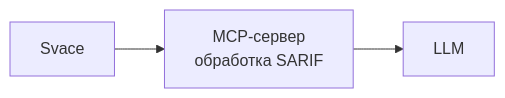
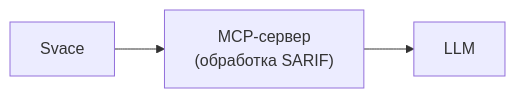
Before and after one commit to Otto-7/mcp: the first of 2 diagrams in docs/architecture.md, drawn with Mermaid.

Commit message:
Fix formatting in architecture.md for clarity

````diff
--- a/docs/architecture.md
+++ b/docs/architecture.md
@@ -3,4 +3,4 @@
 ```mermaid
 flowchart LR
-    Svace["Svace"] --> System["MCP-сервер<br/>обработка SARIF"] --> LLM["LLM"]
+    Svace["Svace"] --> System["MCP-сервер<br/>(обработка SARIF)"] --> LLM["LLM"]
 ```
````
